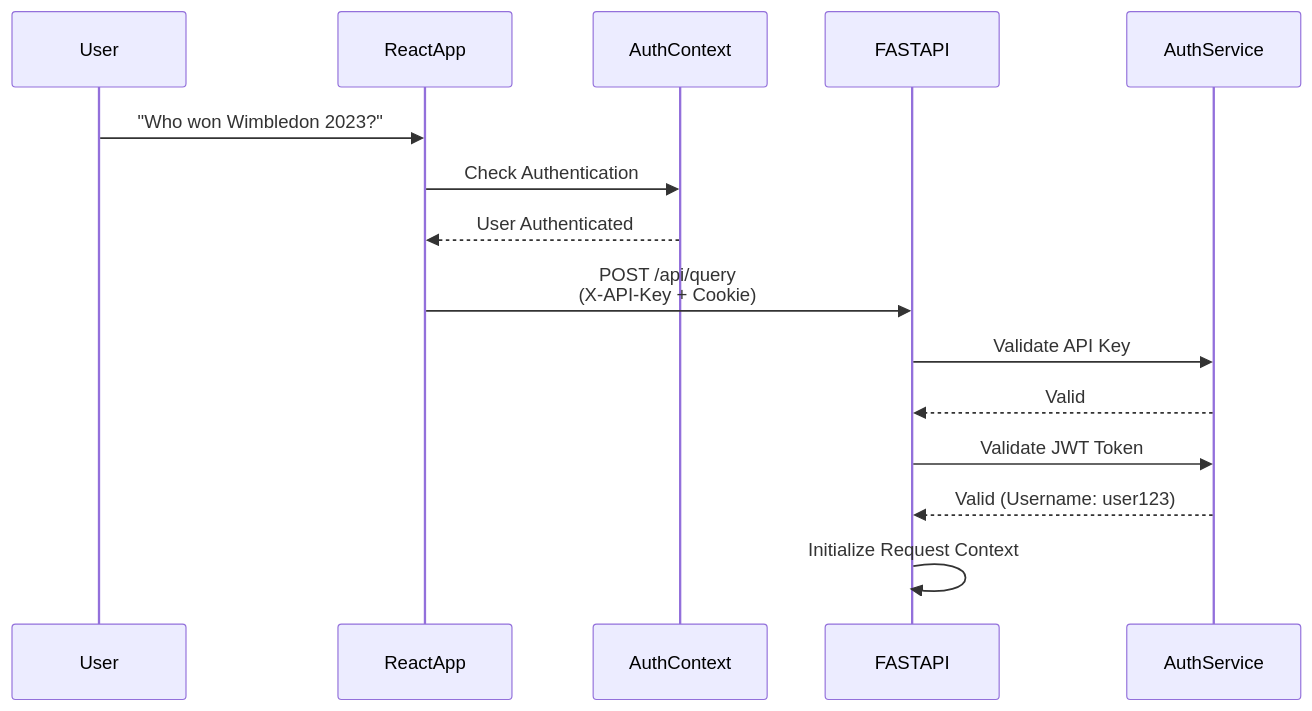
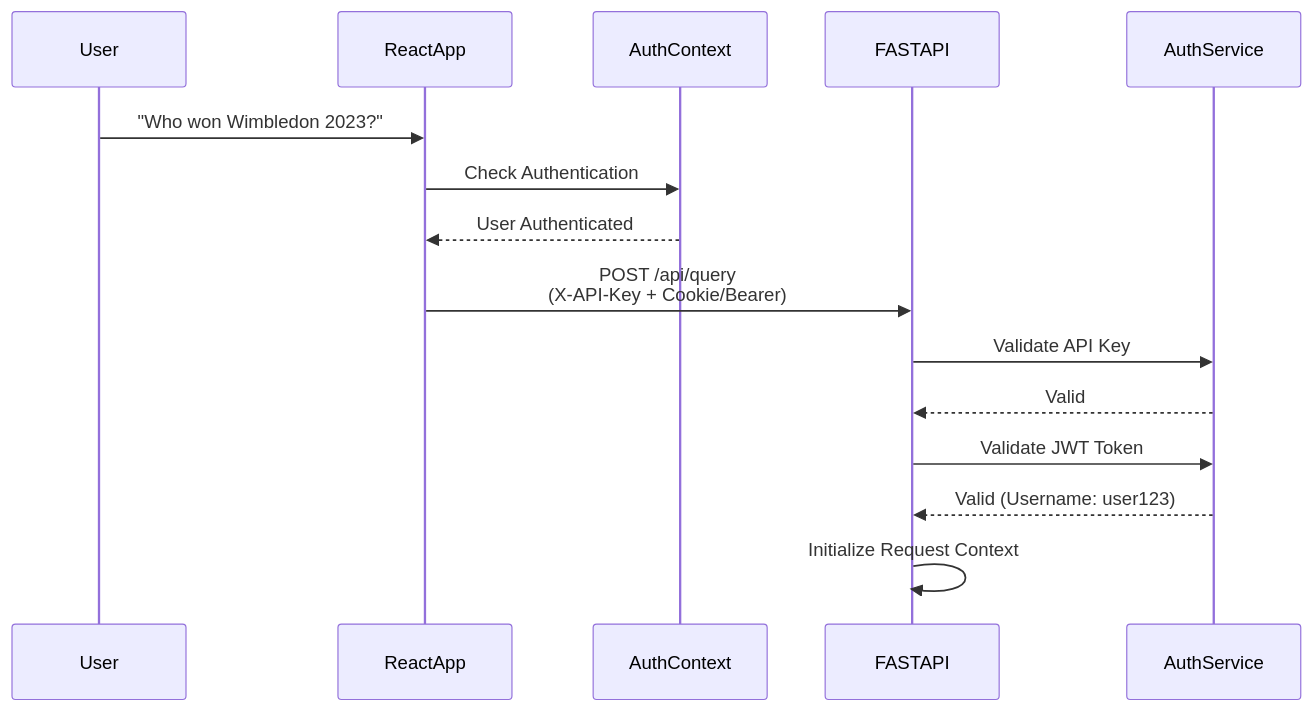
The first of 5 diagrams in mds/02_Data_Flow.md (Ajit-KBehera/AskTennis_React_FastAPI), drawn with Mermaid before and after one commit. The commit also changed other lines of this file and 4 other files, not shown here.

````diff
--- a/mds/02_Data_Flow.md
+++ b/mds/02_Data_Flow.md
@@ -117,18 +117,18 @@
 ```mermaid
 sequenceDiagram
     participant User
     participant ReactApp
     participant AuthContext
     participant FASTAPI
     participant AuthService
     
     User->>ReactApp: "Who won Wimbledon 2023?"
     ReactApp->>AuthContext: Check Authentication
     AuthContext-->>ReactApp: User Authenticated
-    ReactApp->>FASTAPI: POST /api/query<br/>(X-API-Key + Cookie)
+    ReactApp->>FASTAPI: POST /api/query<br/>(X-API-Key + Cookie/Bearer)
     FASTAPI->>AuthService: Validate API Key
     AuthService-->>FASTAPI: Valid
     FASTAPI->>AuthService: Validate JWT Token
     AuthService-->>FASTAPI: Valid (Username: user123)
     FASTAPI->>FASTAPI: Initialize Request Context
 ```
````
